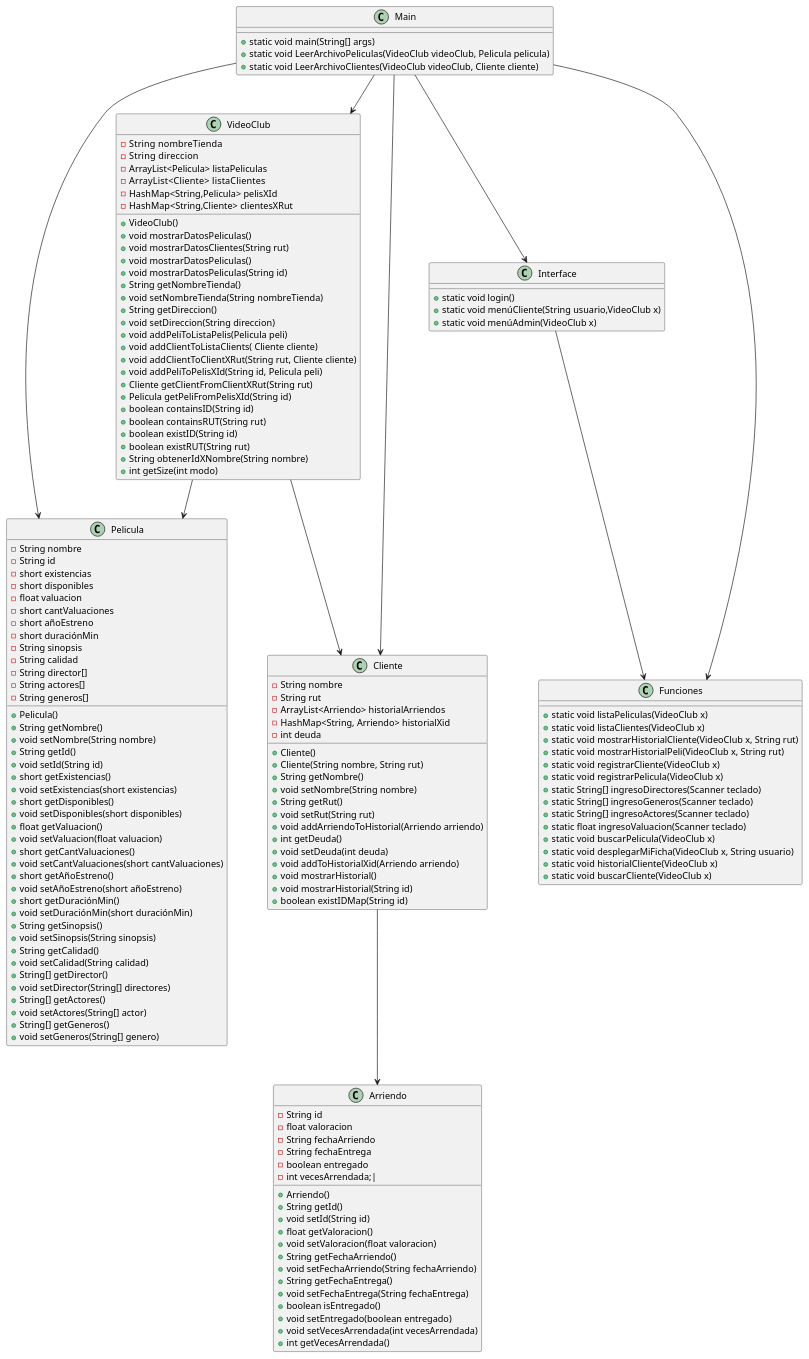
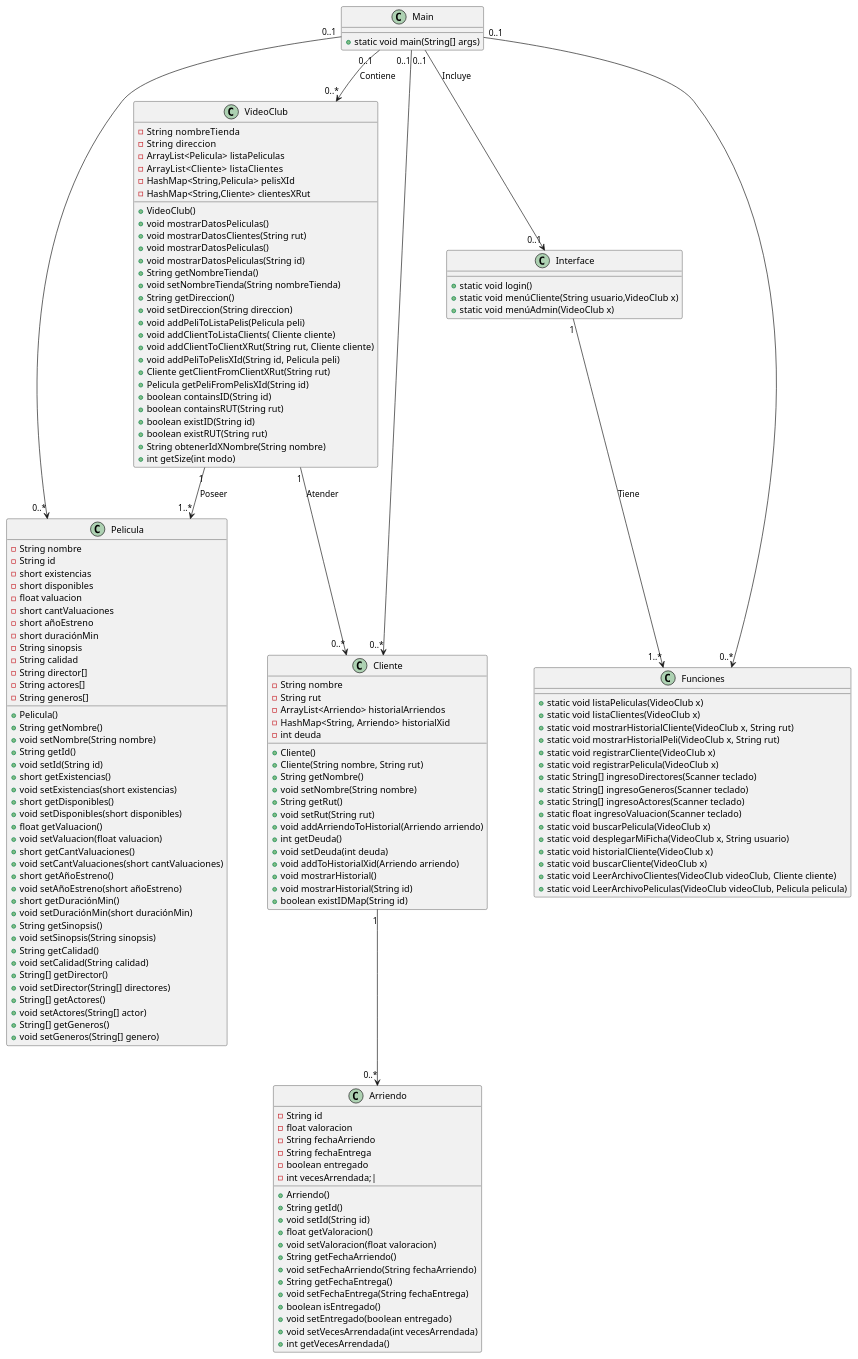
One commit to luis922/Proyecto-POO-2S-2021 changed the diagram in Videoclub/src/main/java/Test UML.puml. Above: the diagram before and after it, drawn with PlantUML.

Commit message:
Se actualiza duagrama UML

```diff
--- a/Videoclub/src/main/java/Test UML.puml
+++ b/Videoclub/src/main/java/Test UML.puml
@@ -1,162 +1,161 @@
 @startuml
-Main --> VideoClub
-Main --> Pelicula
-Main --> Cliente
-Main --> Interface
-Main --> Funciones
+Main "0..1" --> "0..*" VideoClub : Contiene
+Main "0..1" --> "0..*" Pelicula
+Main "0..1" --> "0..*" Cliente
+Main "0..1" --> "0..1" Interface: Incluye
+Main "0..1" --> "0..*" Funciones
 
-VideoClub  -->  Cliente
-VideoClub  -->  Pelicula
-Cliente  --> Arriendo
-Interface --> Funciones
+VideoClub "1" --> "0..*"  Cliente: Atender
+VideoClub "1" --> "1..*"  Pelicula:  Poseer
+Cliente "1" --> "0..*" Arriendo
+Interface "1" --> "1..*" Funciones: Tiene
 
 class VideoClub{
     -String  nombreTienda
     -String  direccion
     -ArrayList<Pelicula> listaPeliculas
     -ArrayList<Cliente>   listaClientes
     -HashMap<String,Pelicula> pelisXId
     -HashMap<String,Cliente> clientesXRut
 
     +VideoClub()
     +void mostrarDatosPeliculas()
     +void mostrarDatosClientes(String rut)
     +void mostrarDatosPeliculas()
     +void mostrarDatosPeliculas(String id)
     +String getNombreTienda()
     +void setNombreTienda(String nombreTienda)
     +String getDireccion()
     +void setDireccion(String direccion)
     +void addPeliToListaPelis(Pelicula peli)
     +void addClientToListaClients( Cliente cliente)
     +void addClientToClientXRut(String rut, Cliente cliente)
     +void addPeliToPelisXId(String id, Pelicula peli)
     +Cliente getClientFromClientXRut(String rut)
     +Pelicula getPeliFromPelisXId(String id)
     +boolean containsID(String id)
     +boolean containsRUT(String rut)
     +boolean existID(String id)
     +boolean existRUT(String rut)
     +String obtenerIdXNombre(String nombre)
     +int getSize(int modo)
 }
 
 class Cliente{
     -String nombre
     -String rut
     -ArrayList<Arriendo> historialArriendos
     -HashMap<String, Arriendo> historialXid
     -int deuda
 
     +Cliente()
     +Cliente(String nombre, String rut)
     +String getNombre()
     +void setNombre(String nombre)
     +String getRut()
     +void setRut(String rut)
     +void addArriendoToHistorial(Arriendo arriendo)
     +int getDeuda()
     +void setDeuda(int deuda)
     +void addToHistorialXid(Arriendo arriendo)
     +void mostrarHistorial()
     +void mostrarHistorial(String id)
     +boolean existIDMap(String id)
 }
 
 class Pelicula{
     -String nombre
     -String id
     -short existencias
     -short disponibles
     -float valuacion
     -short cantValuaciones
     -short añoEstreno
     -short duraciónMin
     -String sinopsis
     -String calidad
     -String director[]
     -String actores[]
     -String generos[]
 
     +Pelicula()
     +String getNombre()
     +void setNombre(String nombre)
     +String getId()
     +void setId(String id)
     +short getExistencias()
     +void setExistencias(short existencias)
     +short getDisponibles()
     +void setDisponibles(short disponibles)
     +float getValuacion()
     +void setValuacion(float valuacion)
     +short getCantValuaciones()
     +void setCantValuaciones(short cantValuaciones)
     +short getAñoEstreno()
     +void setAñoEstreno(short añoEstreno)
     +short getDuraciónMin()
     +void setDuraciónMin(short duraciónMin)
     +String getSinopsis()
     +void setSinopsis(String sinopsis)
     +String getCalidad()
     +void setCalidad(String calidad)
     +String[] getDirector()
     +void setDirector(String[] directores)
     +String[] getActores()
     +void setActores(String[] actor)
     +String[] getGeneros()
     +void setGeneros(String[] genero)
 }
 
 class Arriendo{
     -String id
     -float valoracion
     -String fechaArriendo
     -String fechaEntrega
     -boolean entregado
     - int vecesArrendada;|
 
     +Arriendo()
     +String getId()
     +void setId(String id)
     +float getValoracion()
     +void setValoracion(float valoracion)
     +String getFechaArriendo()
     +void setFechaArriendo(String fechaArriendo)
     +String getFechaEntrega()
     +void setFechaEntrega(String fechaEntrega)
     +boolean isEntregado()
     +void setEntregado(boolean entregado)
     +void setVecesArrendada(int vecesArrendada)
     +int getVecesArrendada()
 }
 
 class Main{
     +static void main(String[] args)
-    +static void LeerArchivoPeliculas(VideoClub videoClub, Pelicula pelicula)
-    +static void LeerArchivoClientes(VideoClub videoClub, Cliente cliente)
+}
 
-}
 class Interface{
     +static void login()
     +static void menúCliente(String usuario,VideoClub x)
     +static void menúAdmin(VideoClub x)
 }
 
 class Funciones{
     + static void listaPeliculas(VideoClub x)
     + static void listaClientes(VideoClub x)
     + static void mostrarHistorialCliente(VideoClub x, String rut)
     + static void mostrarHistorialPeli(VideoClub x, String rut)
     + static void registrarCliente(VideoClub x)
     + static void registrarPelicula(VideoClub x)
     + static String[] ingresoDirectores(Scanner teclado)
     + static String[] ingresoGeneros(Scanner teclado)
     + static String[] ingresoActores(Scanner teclado)
     + static float ingresoValuacion(Scanner teclado)
     + static void buscarPelicula(VideoClub x)
     + static void desplegarMiFicha(VideoClub x, String usuario)
     + static void historialCliente(VideoClub x)
     + static void buscarCliente(VideoClub x)
-
+    + static void LeerArchivoClientes(VideoClub videoClub, Cliente cliente)
+    + static void LeerArchivoPeliculas(VideoClub videoClub, Pelicula pelicula)
 }
 @enduml
```
